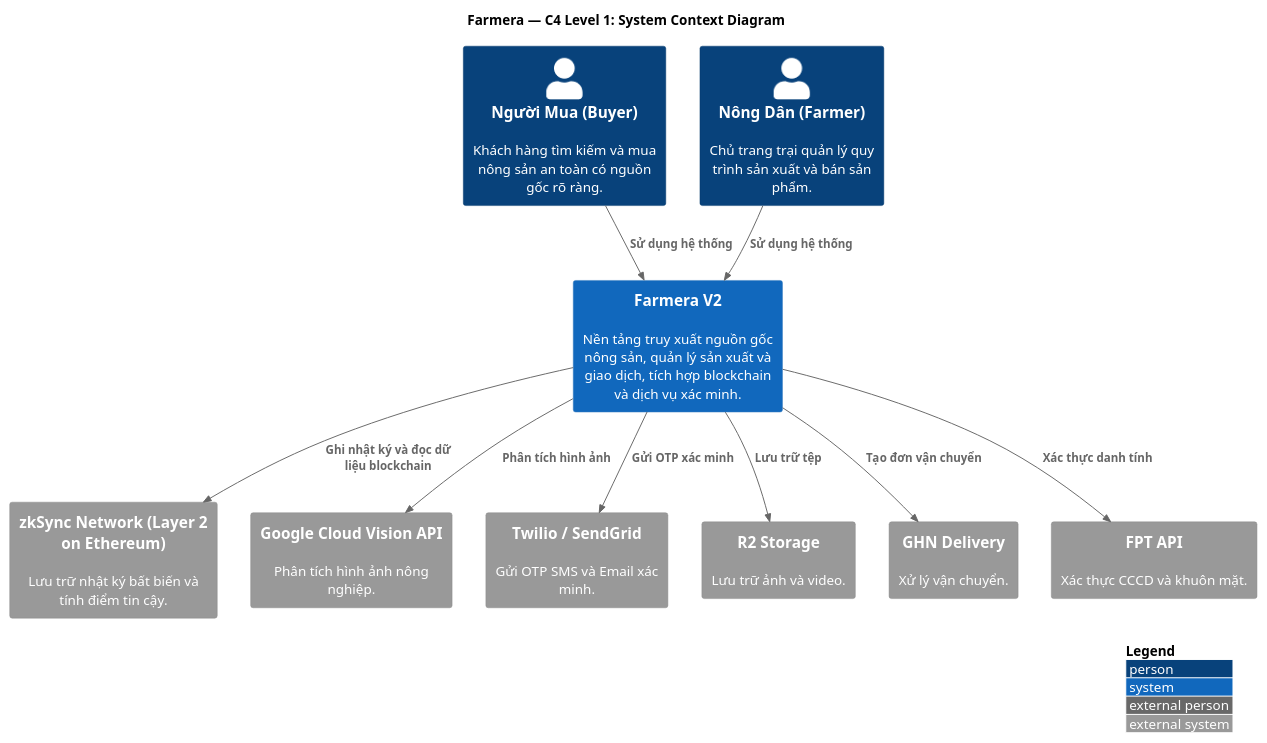
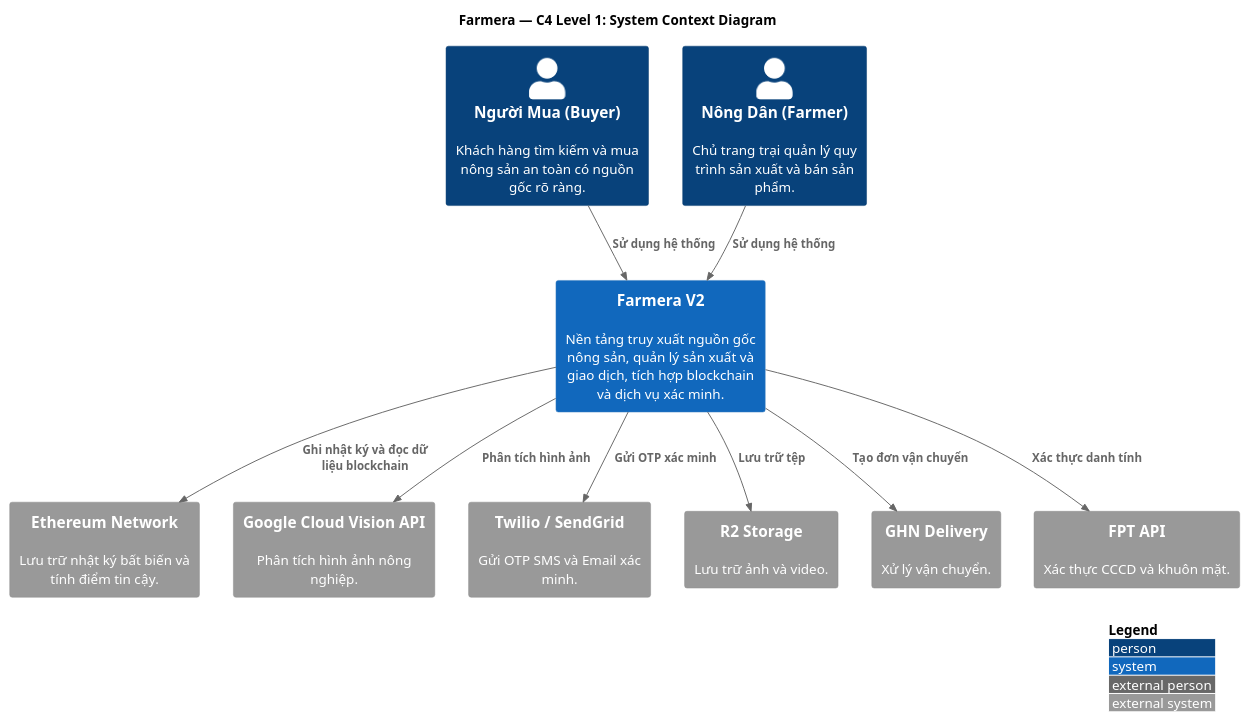
The first of 2 diagrams in claude/thesis/CHAPTER4-1.md (FarmeraV2/Farmera-V2-backend), drawn with PlantUML before and after one commit. The commit also changed other lines of this file and 2 other files, not shown here.

Commit message:
temp commit

````diff
--- a/claude/thesis/CHAPTER4-1.md
+++ b/claude/thesis/CHAPTER4-1.md
@@ -5,32 +5,32 @@
 ```plantuml
 @startuml
 !include https://raw.githubusercontent.com/plantuml-stdlib/C4-PlantUML/master/C4_Context.puml
 
 LAYOUT_WITH_LEGEND()
 
 title Farmera — C4 Level 1: System Context Diagram
 
 Person(buyer, "Người Mua (Buyer)", "Khách hàng tìm kiếm và mua nông sản an toàn có nguồn gốc rõ ràng.")
 Person(farmer, "Nông Dân (Farmer)", "Chủ trang trại quản lý quy trình sản xuất và bán sản phẩm.")
 
 System(farmera, "Farmera V2", "Nền tảng truy xuất nguồn gốc nông sản, quản lý sản xuất và giao dịch, tích hợp blockchain và dịch vụ xác minh.")
 
-System_Ext(zksync, "zkSync Network (Layer 2 on Ethereum)", "Lưu trữ nhật ký bất biến và tính điểm tin cậy.")
+System_Ext(ethereum, "Ethereum Network", "Lưu trữ nhật ký bất biến và tính điểm tin cậy.")
 System_Ext(gcloud_vision, "Google Cloud Vision API", "Phân tích hình ảnh nông nghiệp.")
 System_Ext(twilio, "Twilio / SendGrid", "Gửi OTP SMS và Email xác minh.")
 System_Ext(file_storage, "R2 Storage", "Lưu trữ ảnh và video.")
 System_Ext(ghn, "GHN Delivery", "Xử lý vận chuyển.")
 System_Ext(fpt, "FPT API", "Xác thực CCCD và khuôn mặt.")
 
 Rel(buyer, farmera, "Sử dụng hệ thống")
 Rel(farmer, farmera, "Sử dụng hệ thống")
 
-Rel(farmera, zksync, "Ghi nhật ký và đọc dữ liệu blockchain")
+Rel(farmera, ethereum, "Ghi nhật ký và đọc dữ liệu blockchain")
 Rel(farmera, gcloud_vision, "Phân tích hình ảnh")
 Rel(farmera, twilio, "Gửi OTP xác minh")
 Rel(farmera, file_storage, "Lưu trữ tệp")
 Rel(farmera, ghn, "Tạo đơn vận chuyển")
 Rel(farmera, fpt, "Xác thực danh tính")
 
 @enduml
 ```
````
